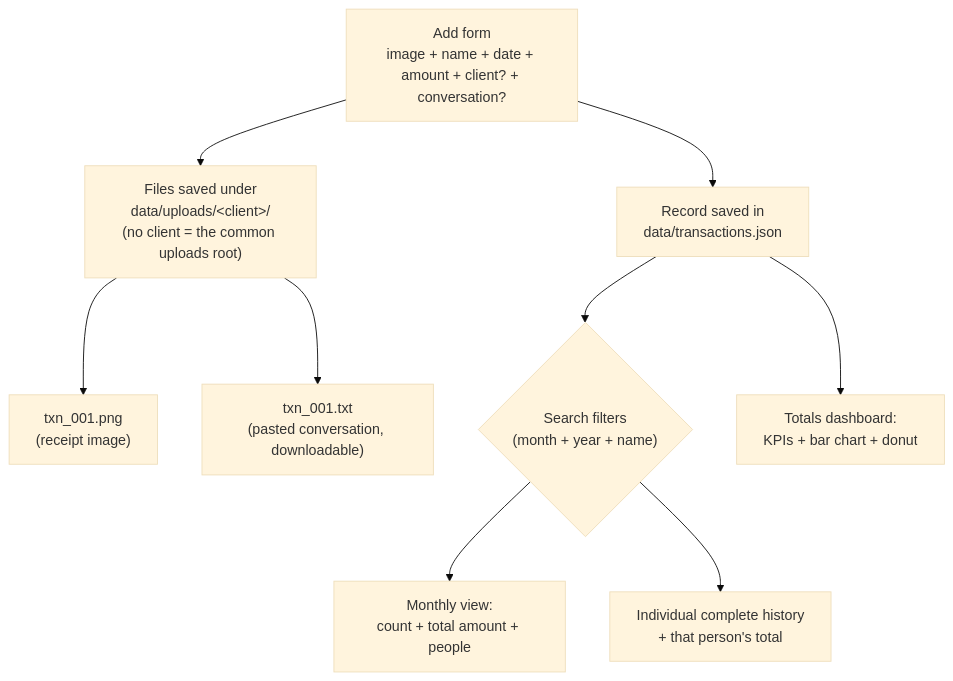
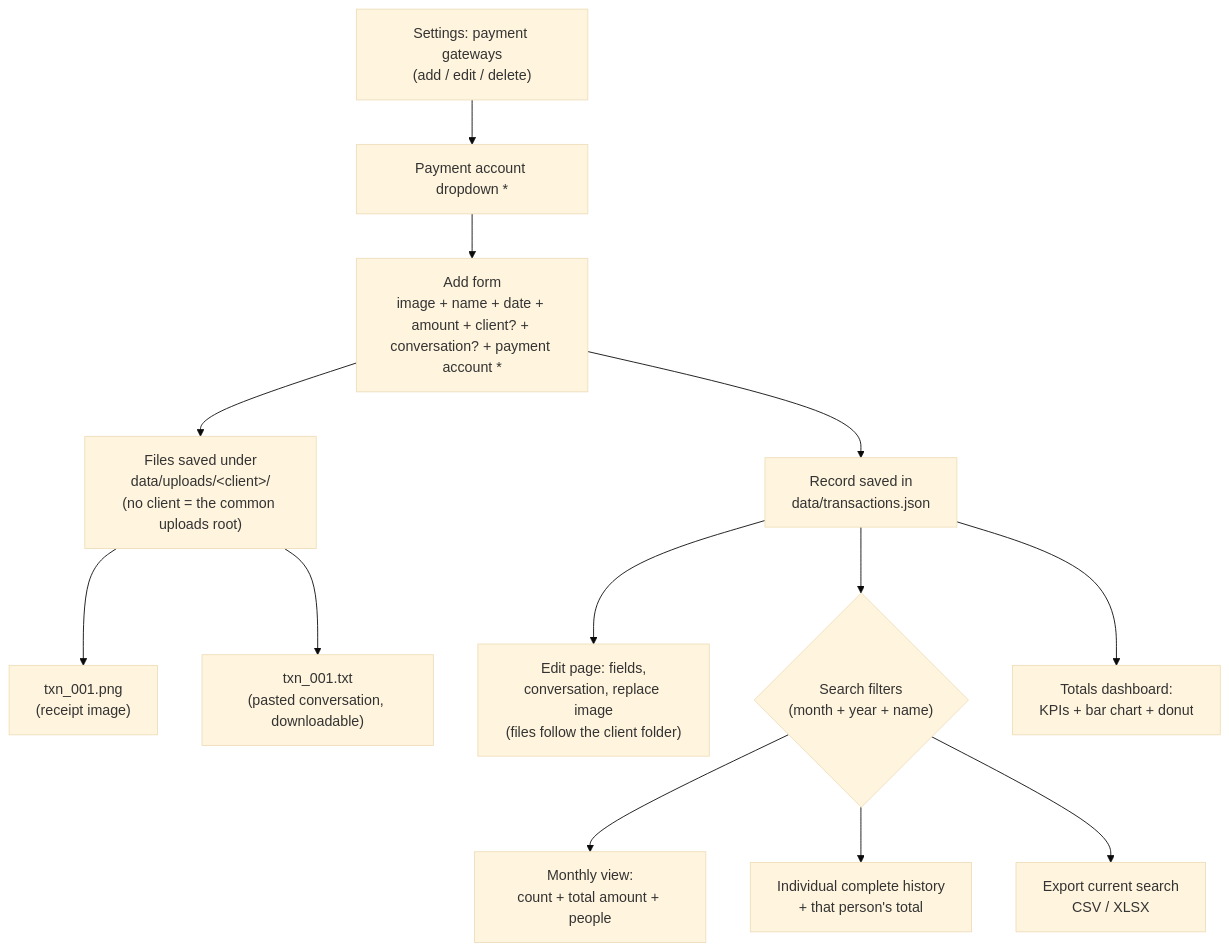
The second of 3 diagrams in HRMS/README.md (bluekitsune-sad/python_practice_and_projects), drawn with Mermaid (base theme) before and after one commit. The commit also changed other lines of this file and 7 other files, not shown here.

Commit message:
HRMS: transaction edit, required payment account (gateway CRUD in Settings), transactions CSV/XLSX export

````diff
--- a/HRMS/README.md
+++ b/HRMS/README.md
@@ -76,11 +76,16 @@
 ```mermaid
 flowchart TD
-    F["Add form<br/>image + name + date + amount + client? + conversation?"] --> S["Files saved under<br/>data/uploads/&lt;client&gt;/<br/>(no client = the common uploads root)"]
+    G["Settings: payment gateways<br/>(add / edit / delete)"] --> P["Payment account dropdown *"]
+    F["Add form<br/>image + name + date + amount + client? + conversation? + payment account *"]
+    P --> F
+    F --> S["Files saved under<br/>data/uploads/&lt;client&gt;/<br/>(no client = the common uploads root)"]
     S --> IMG["txn_001.png<br/>(receipt image)"]
     S --> TXT["txn_001.txt<br/>(pasted conversation, downloadable)"]
     F --> R["Record saved in<br/>data/transactions.json"]
+    R --> E["Edit page: fields,<br/>conversation, replace image<br/>(files follow the client folder)"]
     R --> Q{"Search filters<br/>(month + year + name)"}
     Q --> M["Monthly view:<br/>count + total amount + people"]
     Q --> H["Individual complete history<br/>+ that person's total"]
+    Q --> X["Export current search<br/>CSV / XLSX"]
     R --> D["Totals dashboard:<br/>KPIs + bar chart + donut"]
 ```
````
